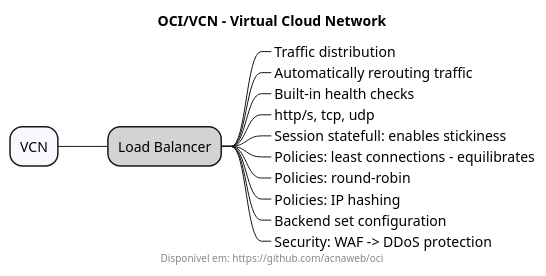
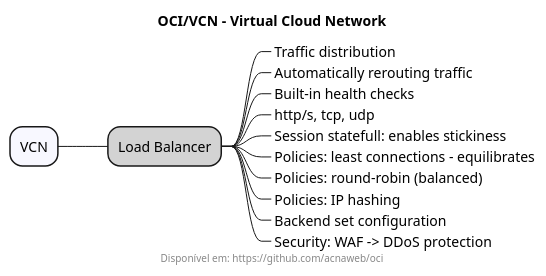
The diagram in docs/src/load_balancer.wsd (acnaweb/oci), drawn with PlantUML before and after one commit. The commit also changed 5 other files, not shown here.

```diff
--- a/docs/src/load_balancer.wsd
+++ b/docs/src/load_balancer.wsd
@@ -1,20 +1,20 @@
 @startmindmap
 
 Title "OCI/VCN - Virtual Cloud Network"
 footer Disponível em: https://github.com/acnaweb/oci
 
 *[#F8F8FF]  VCN
 
 **[#LightGray] Load Balancer
 ***_ Traffic distribution
 ***_ Automatically rerouting traffic 
 ***_ Built-in health checks
 ***_ http/s, tcp, udp
 ***_ Session statefull: enables stickiness
 ***_ Policies: least connections - equilibrates
-***_ Policies: round-robin
+***_ Policies: round-robin (balanced)
 ***_ Policies: IP hashing
 ***_ Backend set configuration
 ***_ Security: WAF -> DDoS protection
 
 @endmindmap
```
